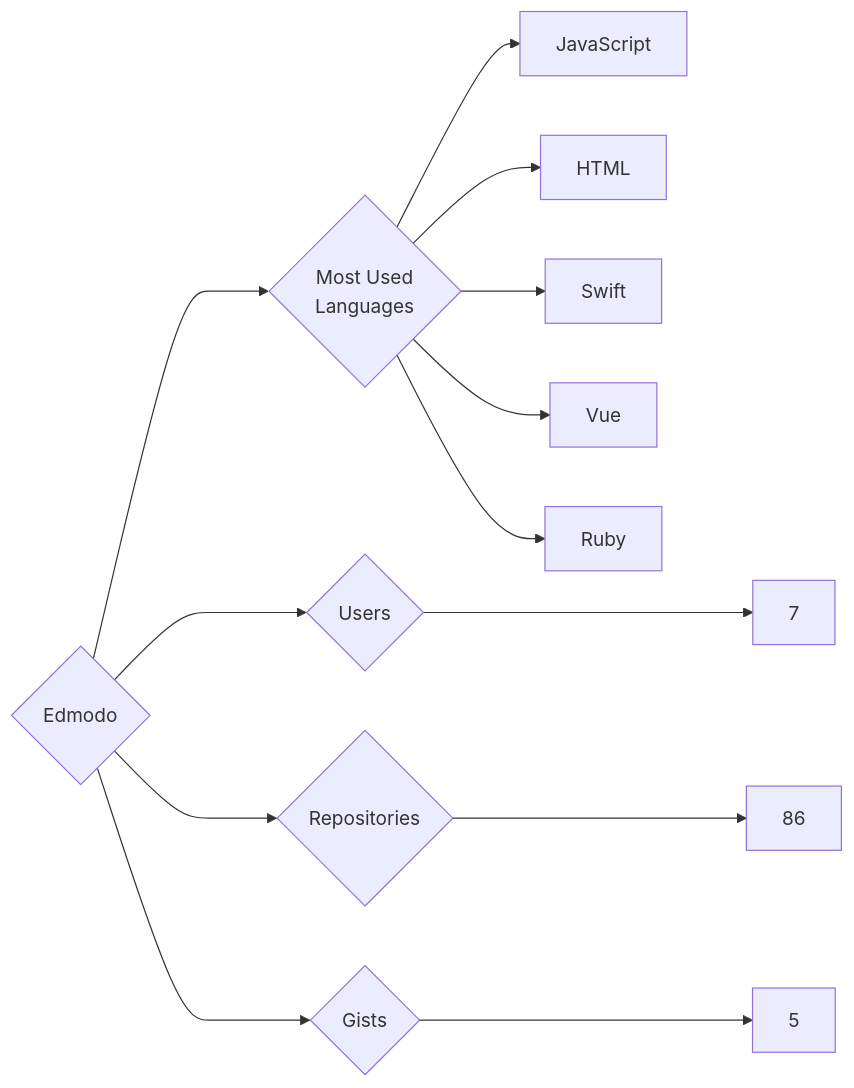
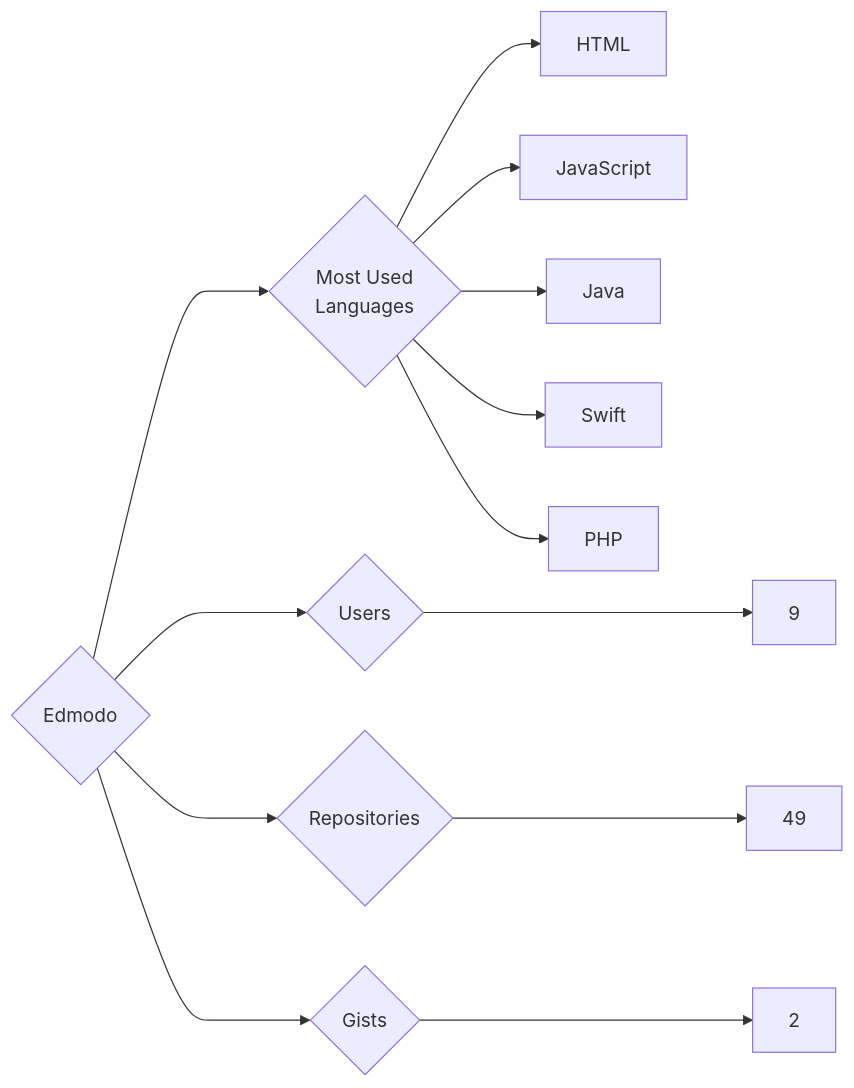
Before and after one commit to trickest/insiders: the diagram in targets/Edmodo/README.md, drawn with Mermaid. The commit also changed 1089 other files, not shown here.

````diff
--- a/targets/Edmodo/README.md
+++ b/targets/Edmodo/README.md
@@ -3,13 +3,13 @@
 ```mermaid
 graph LR
 COMPANY_NAME{Edmodo}
-COMPANY_NAME ---> U{Users} ---> UN[7]
-COMPANY_NAME ---> R{Repositories} ---> RN[86]
-COMPANY_NAME ---> G{Gists} ---> GN[5]
+COMPANY_NAME ---> U{Users} ---> UN[9]
+COMPANY_NAME ---> R{Repositories} ---> RN[49]
+COMPANY_NAME ---> G{Gists} ---> GN[2]
 COMPANY_NAME ---> ML{Most Used<br>Languages}
+ML --> HTML[HTML]
 ML --> JavaScript[JavaScript]
-ML --> HTML[HTML]
+ML --> Java[Java]
 ML --> Swift[Swift]
-ML --> Vue[Vue]
-ML --> Ruby[Ruby]
+ML --> PHP[PHP]
 ```
````
